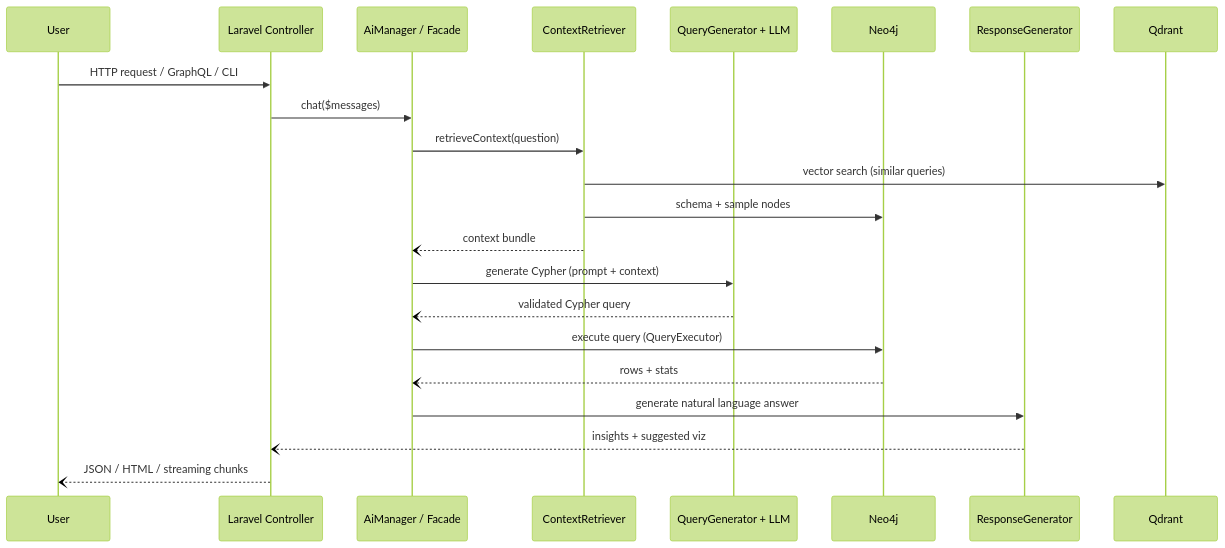
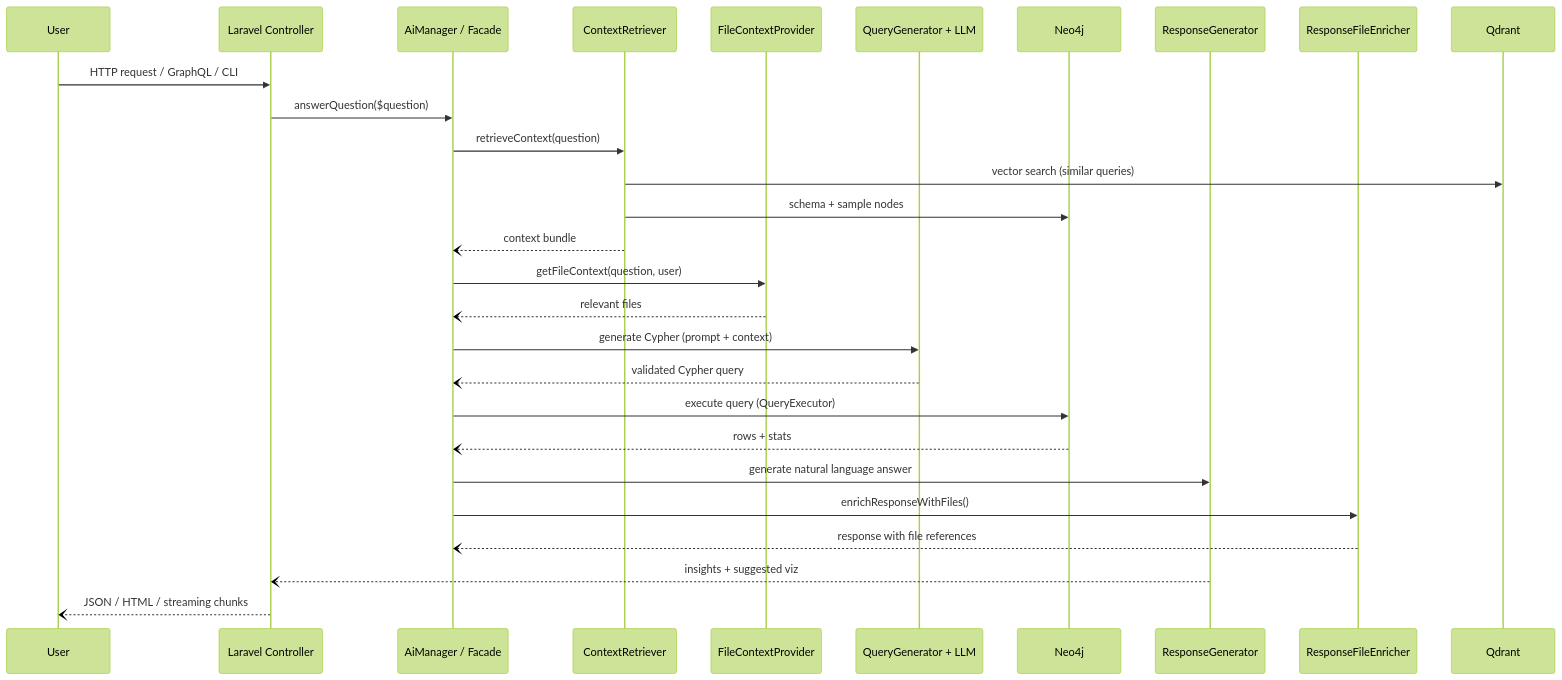
The first of 6 diagrams in resources/docs/1.0/internals/data-flows.md (condoedge/AI), drawn with Mermaid (forest theme) before and after one commit. The commit also changed other lines of this file and 71 other files, not shown here.

````diff
--- a/resources/docs/1.0/internals/data-flows.md
+++ b/resources/docs/1.0/internals/data-flows.md
@@ -51,24 +51,30 @@
 ```mermaid
 sequenceDiagram
     participant User
     participant Controller as Laravel Controller
     participant AI as AiManager / Facade
     participant Context as ContextRetriever
+    participant FileCtx as FileContextProvider
     participant LLM as QueryGenerator + LLM
     participant Neo4j
     participant Response as ResponseGenerator
+    participant Enricher as ResponseFileEnricher
 
     User->>Controller: HTTP request / GraphQL / CLI
-    Controller->>AI: chat($messages)
+    Controller->>AI: answerQuestion($question)
     AI->>Context: retrieveContext(question)
     Context->>Qdrant: vector search (similar queries)
     Context->>Neo4j: schema + sample nodes
     Context--)AI: context bundle
+    AI->>FileCtx: getFileContext(question, user)
+    FileCtx--)AI: relevant files
     AI->>LLM: generate Cypher (prompt + context)
     LLM--)AI: validated Cypher query
     AI->>Neo4j: execute query (QueryExecutor)
     Neo4j--)AI: rows + stats
     AI->>Response: generate natural language answer
+    AI->>Enricher: enrichResponseWithFiles()
+    Enricher--)AI: response with file references
     Response--)Controller: insights + suggested viz
     Controller--)User: JSON / HTML / streaming chunks
 ```
````
